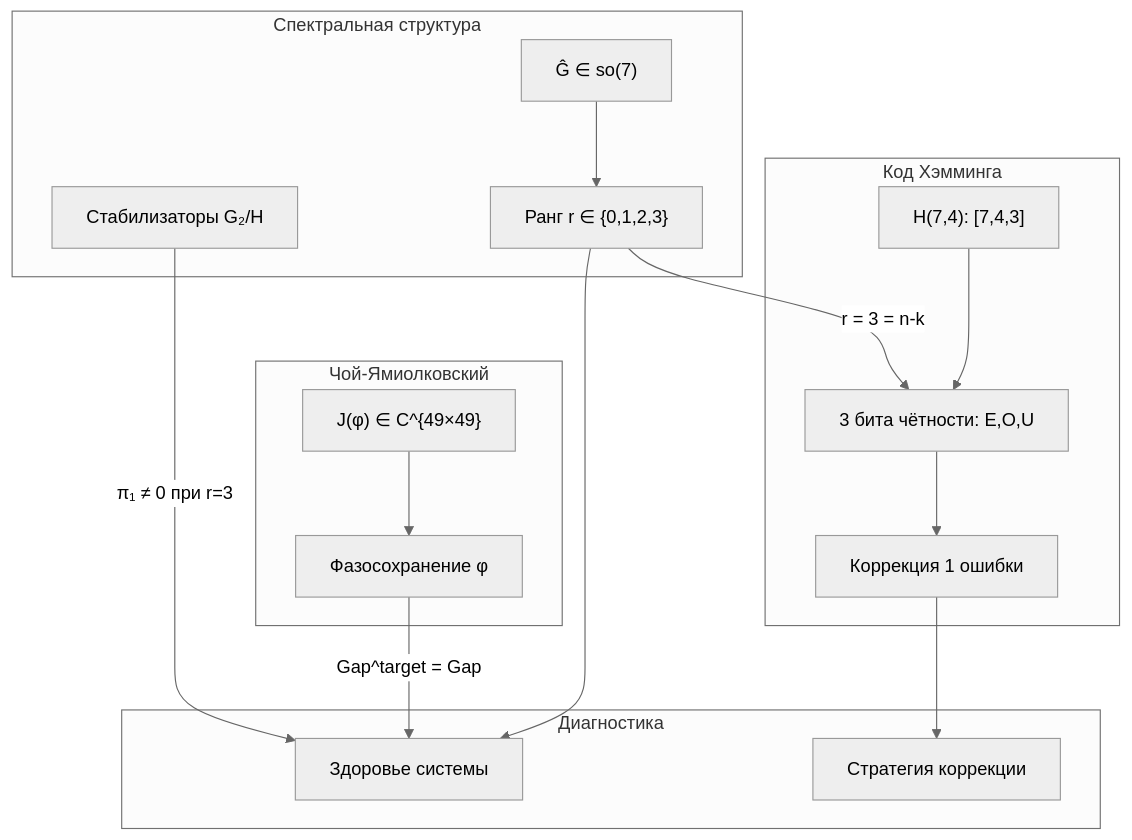
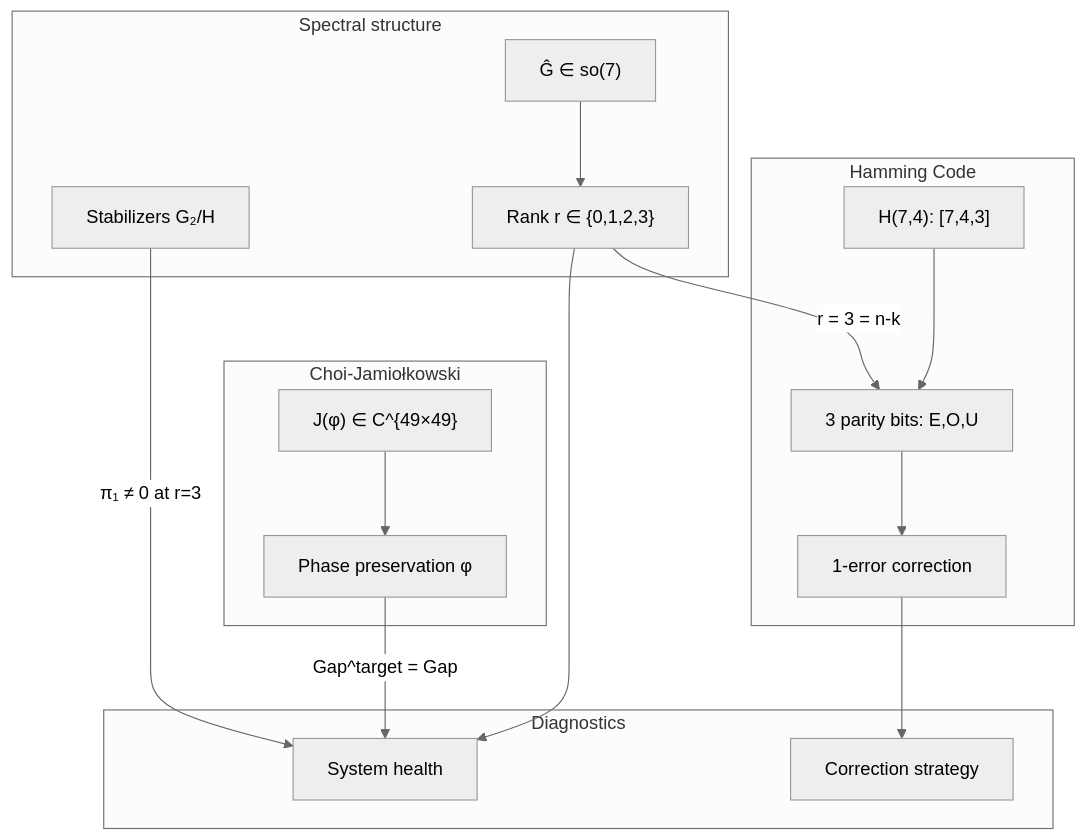
Before and after one commit to uhm-theory/holon: the diagram in website/docs/applied/coherence-cybernetics/gap-algebra.md, drawn with Mermaid (neutral theme). The commit also changed other lines of this file and 28 other files, not shown here.

````diff
--- a/website/docs/applied/coherence-cybernetics/gap-algebra.md
+++ b/website/docs/applied/coherence-cybernetics/gap-algebra.md
@@ -495,31 +495,31 @@
 ```mermaid
 graph TD
-    subgraph CHOI["Чой-Ямиолковский"]
+    subgraph CHOI["Choi-Jamiołkowski"]
         J["J(φ) ∈ C^{49×49}"]
-        PHASE["Фазосохранение φ"]
+        PHASE["Phase preservation φ"]
     end
-    subgraph SPEC["Спектральная структура"]
+    subgraph SPEC["Spectral structure"]
         SO7["Ĝ ∈ so(7)"]
-        RANK["Ранг r ∈ {0,1,2,3}"]
-        STAB["Стабилизаторы G₂/H"]
+        RANK["Rank r ∈ {0,1,2,3}"]
+        STAB["Stabilizers G₂/H"]
     end
-    subgraph HAMMING["Код Хэмминга"]
+    subgraph HAMMING["Hamming Code"]
         H74["H(7,4): [7,4,3]"]
-        PARITY["3 бита чётности: E,O,U"]
-        CORRECTION["Коррекция 1 ошибки"]
+        PARITY["3 parity bits: E,O,U"]
+        CORRECTION["1-error correction"]
     end
-    subgraph DIAG["Диагностика"]
-        HEALTH["Здоровье системы"]
-        THERAPY["Стратегия коррекции"]
+    subgraph DIAG["Diagnostics"]
+        HEALTH["System health"]
+        THERAPY["Correction strategy"]
     end
 
     J --> PHASE
     SO7 --> RANK
     RANK --> |"r = 3 = n-k"| PARITY
-    STAB --> |"π₁ ≠ 0 при r=3"| HEALTH
+    STAB --> |"π₁ ≠ 0 at r=3"| HEALTH
     H74 --> PARITY
     PARITY --> CORRECTION
     PHASE --> |"Gap^target = Gap"| HEALTH
     CORRECTION --> THERAPY
     RANK --> HEALTH
 ```
````
